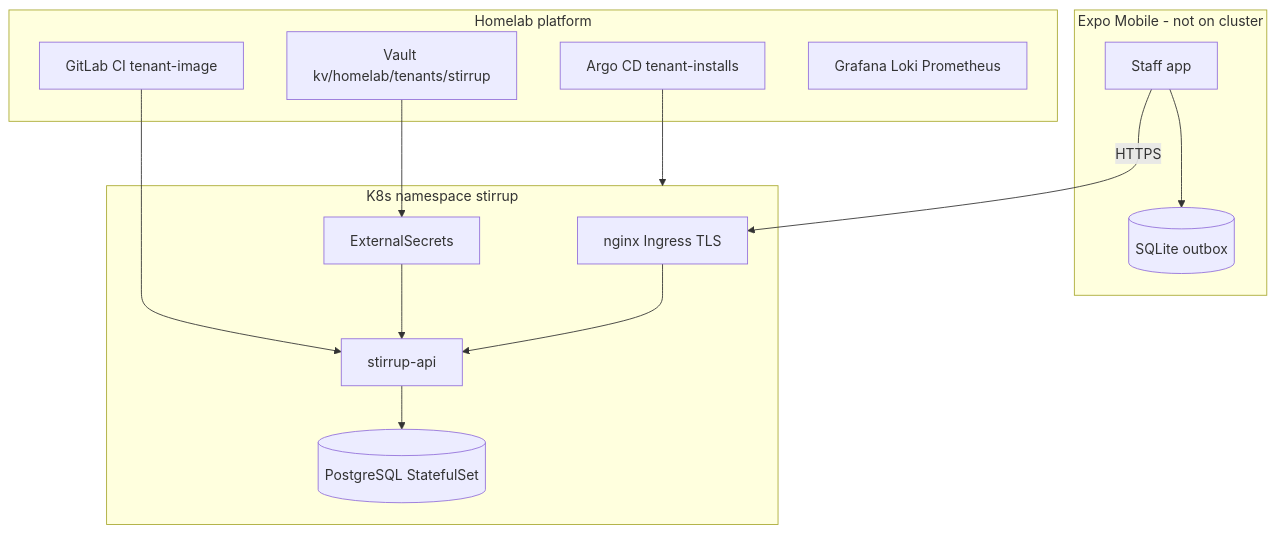
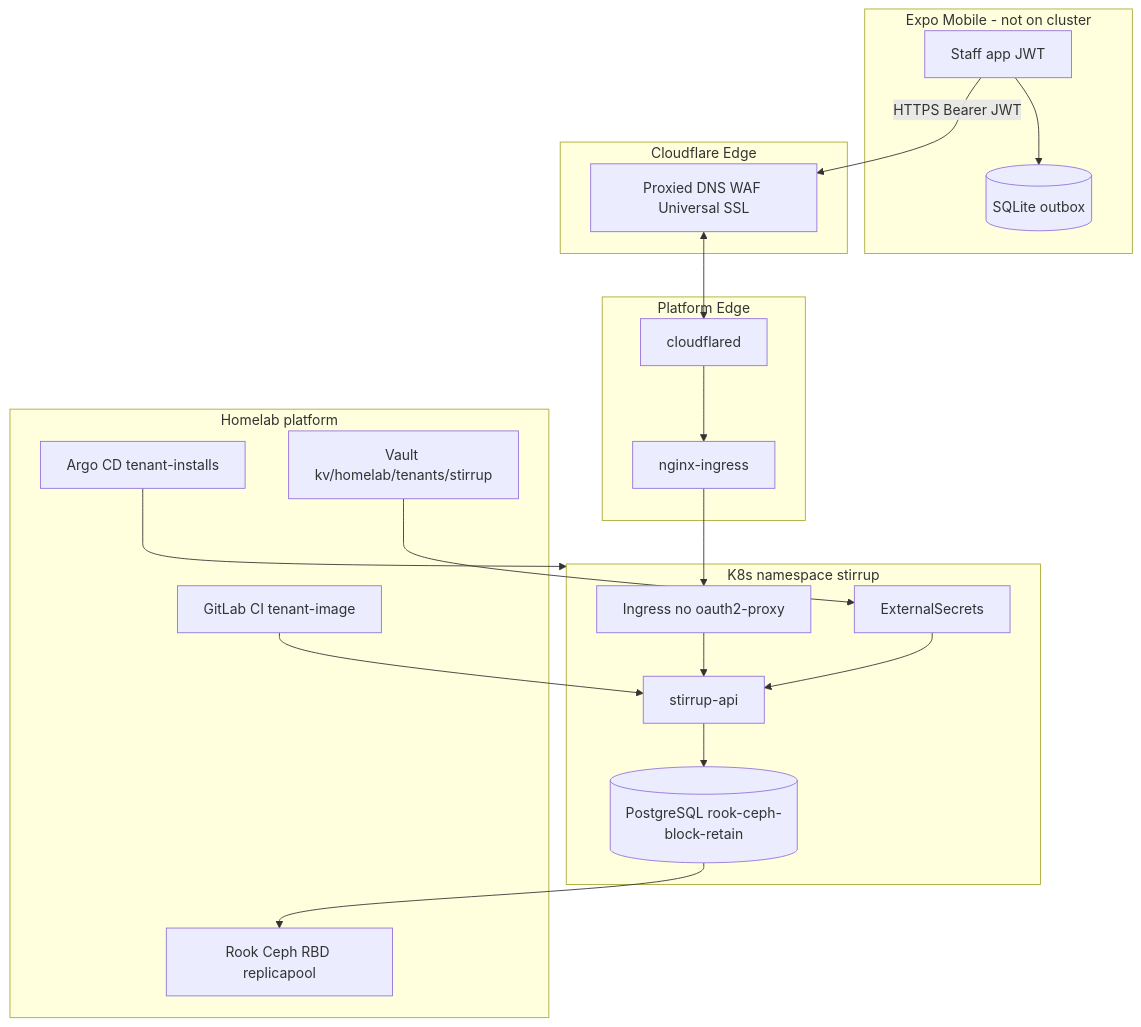
The diagram in memory-bank/platform-context.md (Krytos13/stirrup), drawn with Mermaid before and after one commit. The commit also changed other lines of this file and 4 other files, not shown here.

````diff
--- a/memory-bank/platform-context.md
+++ b/memory-bank/platform-context.md
@@ -9,30 +9,43 @@
 ```mermaid
 flowchart TB
   subgraph mobile [Expo Mobile - not on cluster]
-    App[Staff app]
+    App[Staff app JWT]
     SQLite[(SQLite outbox)]
   end
 
+  subgraph edge [Cloudflare Edge]
+    CF[Proxied DNS WAF Universal SSL]
+  end
+
+  subgraph platformEdge [Platform Edge]
+    Cfd[cloudflared]
+    Nginx[nginx-ingress]
+  end
+
   subgraph stirrup_ns [K8s namespace stirrup]
-    Ingress[nginx Ingress TLS]
+    Ingress[Ingress no oauth2-proxy]
     API[stirrup-api]
-    PG[(PostgreSQL StatefulSet)]
+    PG[(PostgreSQL rook-ceph-block-retain)]
     ESO[ExternalSecrets]
   end
 
   subgraph homelab [Homelab platform]
     GitLab[GitLab CI tenant-image]
     Argo[Argo CD tenant-installs]
     Vault[Vault kv/homelab/tenants/stirrup]
-    Obs[Grafana Loki Prometheus]
+    Ceph[Rook Ceph RBD replicapool]
   end
 
   App --> SQLite
-  App -->|HTTPS| Ingress
+  App -->|HTTPS Bearer JWT| CF
+  CF <--> Cfd
+  Cfd --> Nginx
+  Nginx --> Ingress
   Ingress --> API
   API --> PG
+  PG --> Ceph
   ESO --> API
   GitLab --> API
   Argo --> stirrup_ns
   Vault --> ESO
 ```
````
